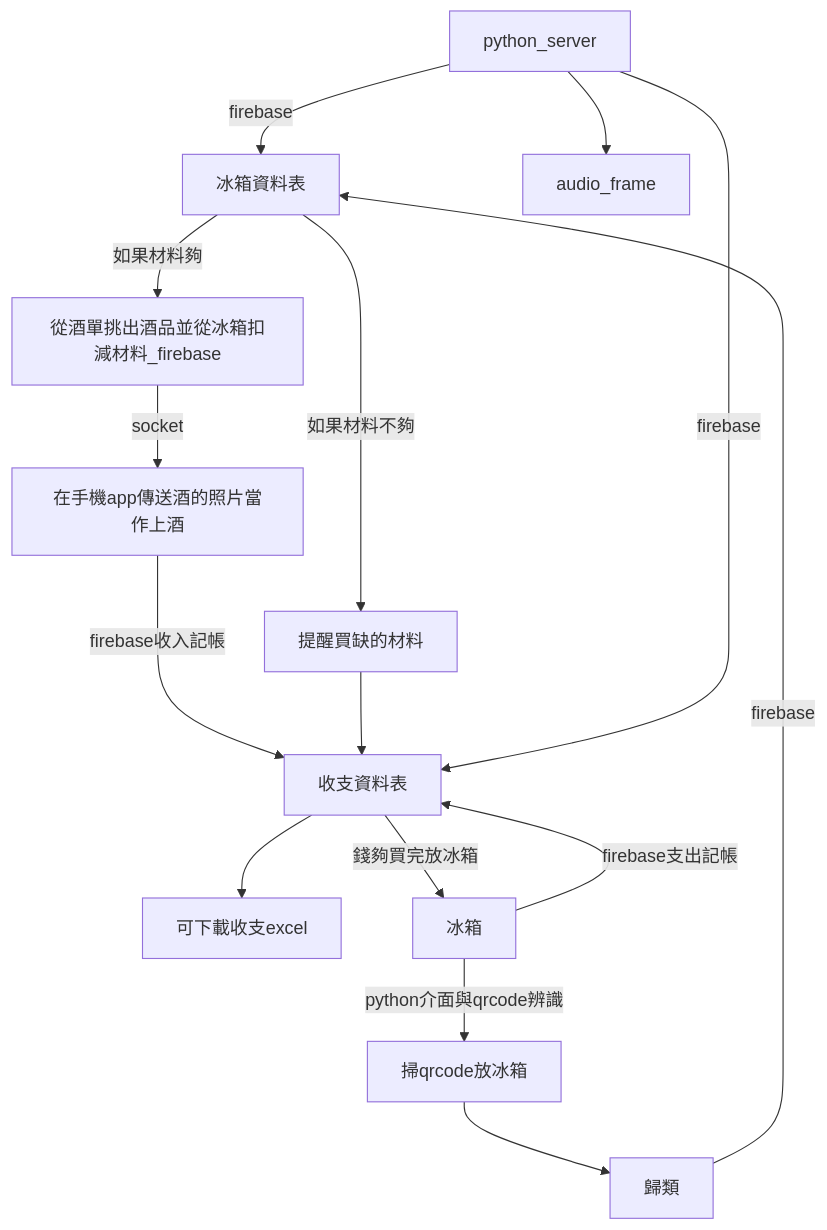
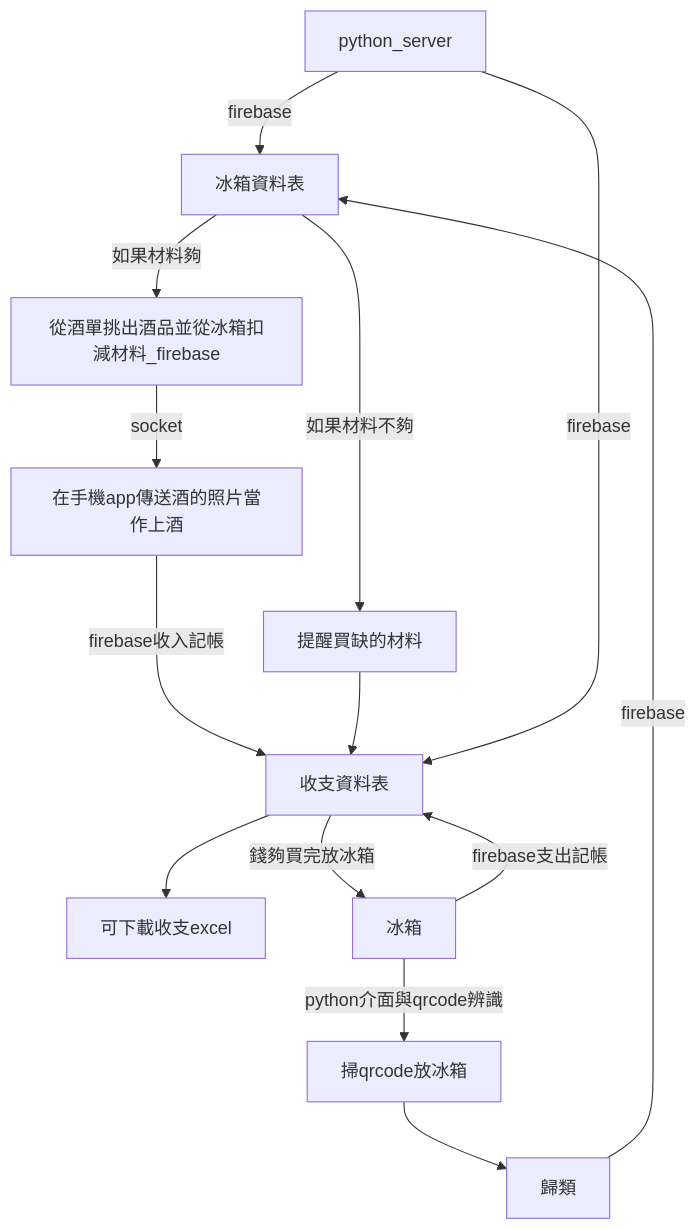
One commit to huskyncu/Bar_Project changed the third of 3 diagrams in README.md. Above: the diagram before and after it, drawn with Mermaid. The commit also changed other lines of this file, not shown here.

````diff
--- a/README.md
+++ b/README.md
@@ -85,11 +82,10 @@
 ```mermaid
 graph TD
 冰箱資料表-->|如果材料夠|從酒單挑出酒品並從冰箱扣減材料_firebase-->|socket|在手機app傳送酒的照片當作上酒--->|firebase收入記帳|收支資料表;
 收支資料表-->可下載收支excel;
-python_server-->audio_frame;
 python_server-->|firebase|冰箱資料表-->|如果材料不夠|提醒買缺的材料-->收支資料表-->|錢夠買完放冰箱|冰箱;
 python_server-->|firebase|收支資料表
 冰箱-->|python介面與qrcode辨識|掃qrcode放冰箱-->歸類-->|firebase|冰箱資料表;
 
 冰箱-->|firebase支出記帳|收支資料表
 ```
````
